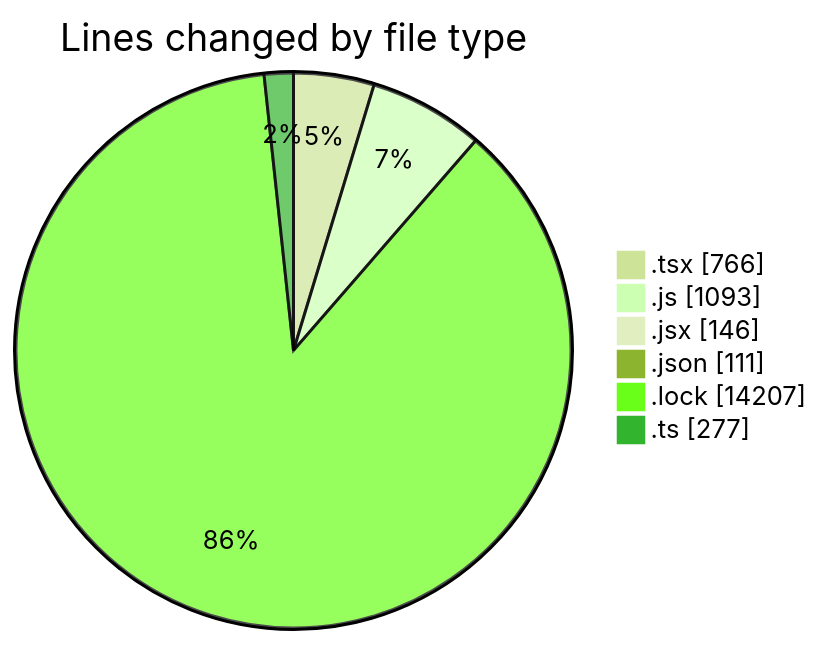
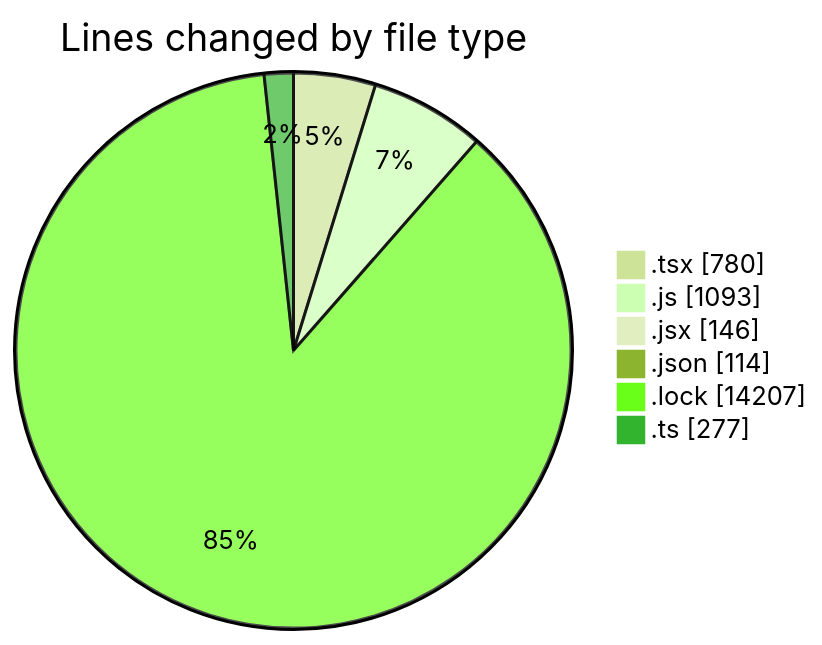
One commit to momahboobian/code-tracking changed the first of 2 diagrams in 2025-05-08/cda/README.md. Above: the diagram before and after it, drawn with Mermaid (forest theme). The commit also changed other lines of this file and 1 other file, not shown here.

````diff
--- a/2025-05-08/cda/README.md
+++ b/2025-05-08/cda/README.md
@@ -36,10 +36,10 @@
 ```mermaid
 pie showData
 title Lines changed by file type
-".tsx" : 766
+".tsx" : 780
 ".js" : 1093
 ".jsx" : 146
-".json" : 111
+".json" : 114
 ".lock" : 14207
 ".ts" : 277
 ```
````
